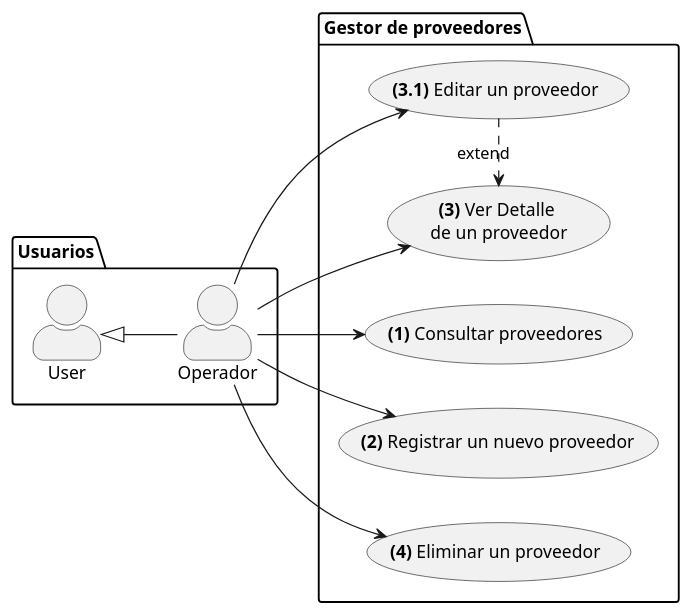
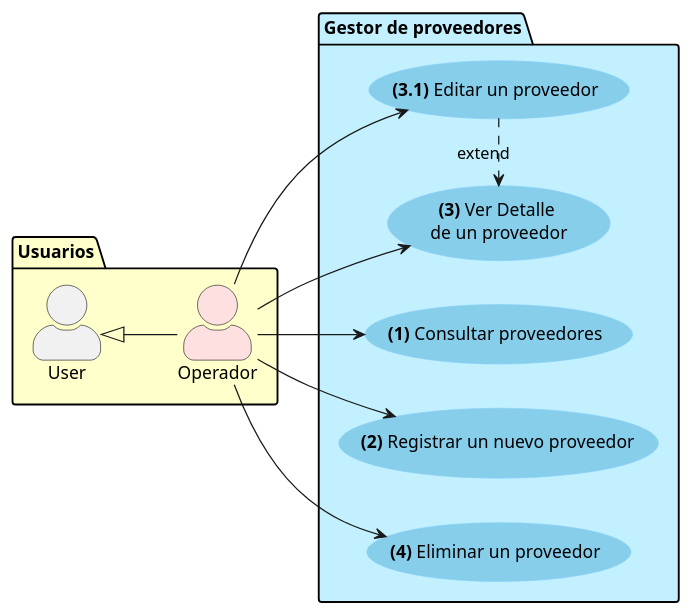
The diagram in doc/casos-de-uso/proveedores.wsd (calmecac-community/lacandon), drawn with PlantUML before and after one commit. The commit also changed 19 other files, not shown here.

```diff
--- a/doc/casos-de-uso/proveedores.wsd
+++ b/doc/casos-de-uso/proveedores.wsd
@@ -1,27 +1,29 @@
 @startuml proveedores
 left to right direction
 skinparam actorStyle awesome
-
-package Usuarios {
-  actor Operador
+skinparam usecase {
+  BackgroundColor SkyBlue
+  BorderColor LightSkyBlue
+}
+package Usuarios #BUSINESS{
+  actor Operador #IMPLEMENTATION
   User <|-- Operador
 }
 
-package "Gestor de proveedores" {
+package "Gestor de proveedores" #APPLICATION {
   usecase "<b>(1)</b> Consultar proveedores" as consultarProveedores
   usecase "<b>(2)</b> Registrar un nuevo proveedor" as registrarProveedor
   usecase "<b>(3)</b> Ver Detalle \nde un proveedor" as verProveedor
   usecase "<b>(3.1)</b> Editar un proveedor" as editarProveedor
   usecase "<b>(4)</b> Eliminar un proveedor" as eliminarProveedor
 }
-
 
 editarProveedor .> verProveedor: extend
 
 Operador --> consultarProveedores
 Operador --> registrarProveedor
 Operador --> verProveedor
 Operador --> editarProveedor
 Operador --> eliminarProveedor
 
 @enduml
```
